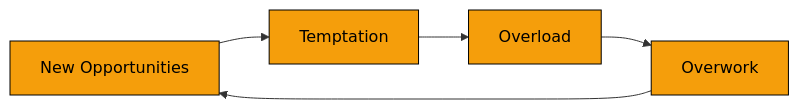
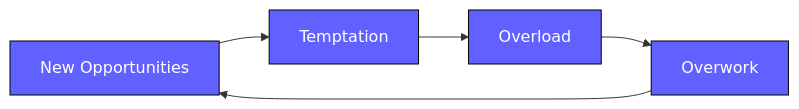
One commit to sefininio/slidev changed the diagram in slides/make-the-time/slides.md. Above: the diagram before and after it, drawn with Mermaid. The commit also changed other lines of this file and 2 other files, not shown here.

````diff
--- a/slides/make-the-time/slides.md
+++ b/slides/make-the-time/slides.md
@@ -383,11 +383,11 @@
 ```mermaid {theme: 'dark', scale: 0.9}
 graph LR
     A[New Opportunities] --> B[Temptation]
     B --> C[Overload]
     C --> D[Overwork]
     D --> A
-    style A fill:#f59e0b,stroke:#000,color:#000
-    style B fill:#f59e0b,stroke:#000,color:#000
-    style C fill:#f59e0b,stroke:#000,color:#000
-    style D fill:#f59e0b,stroke:#000,color:#000
+    style A fill:#6161FF,stroke:#000,color:#fff
+    style B fill:#6161FF,stroke:#000,color:#fff
+    style C fill:#6161FF,stroke:#000,color:#fff
+    style D fill:#6161FF,stroke:#000,color:#fff
 ```
````
